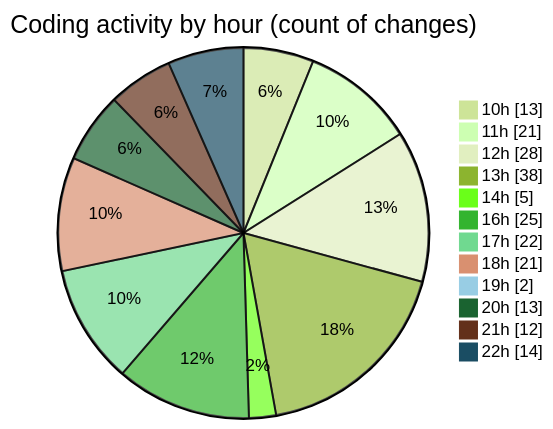
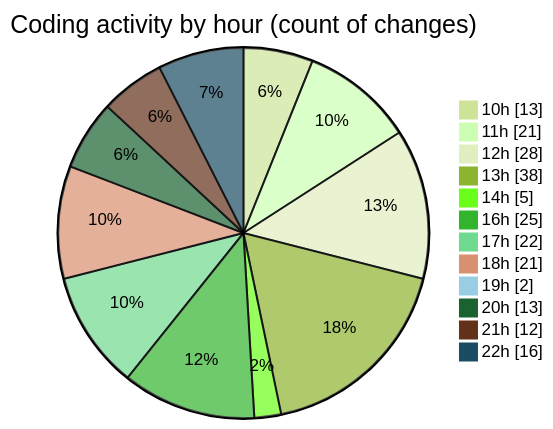
The second of 2 diagrams in 2025-06-19/cda/README.md (momahboobian/code-tracking), drawn with Mermaid (forest theme) before and after one commit. The commit also changed other lines of this file and 1 other file, not shown here.

````diff
--- a/2025-06-19/cda/README.md
+++ b/2025-06-19/cda/README.md
@@ -50,16 +50,16 @@
 ```mermaid
 pie showData
 title Coding activity by hour (count of changes)
 "10h" : 13
 "11h" : 21
 "12h" : 28
 "13h" : 38
 "14h" : 5
 "16h" : 25
 "17h" : 22
 "18h" : 21
 "19h" : 2
 "20h" : 13
 "21h" : 12
-"22h" : 14
+"22h" : 16
 ```
````
